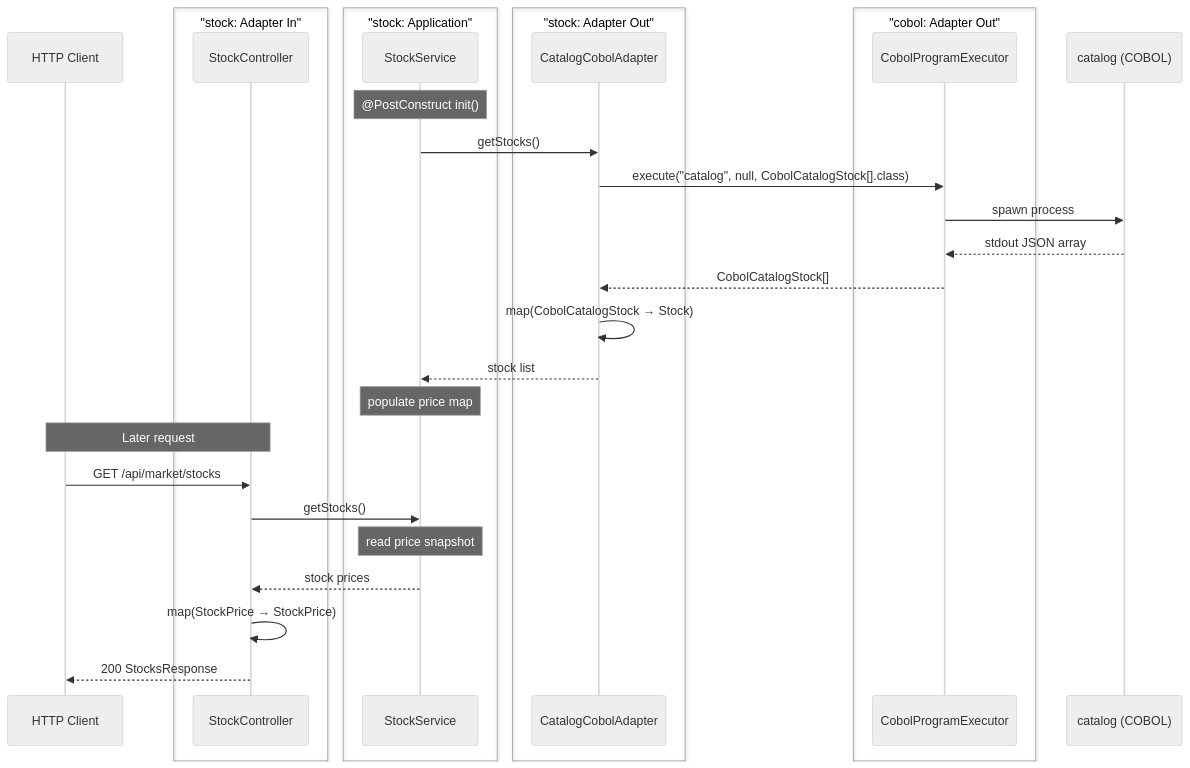
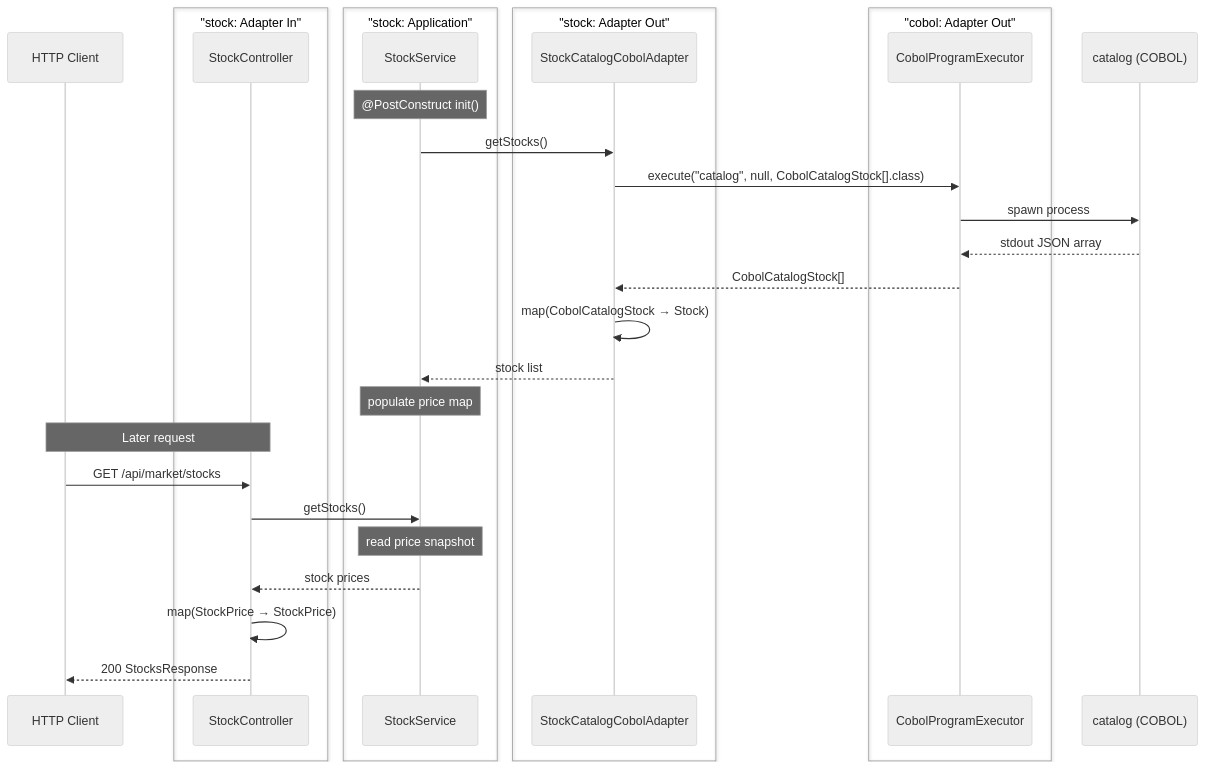
The fourth of 11 diagrams in stonks_java/README.md (franBec/stonks-simulator), drawn with Mermaid (neutral theme) before and after one commit. The commit also changed other lines of this file, not shown here.

First line of the commit message:
Update README module architecture diagram and end-to-end flow documentation

````diff
--- a/stonks_java/README.md
+++ b/stonks_java/README.md
@@ -166,35 +207,35 @@
 ```mermaid
 sequenceDiagram
     participant Client as HTTP Client
     box "stock: Adapter In"
     participant SC as StockController
     end
     box "stock: Application"
     participant SS as StockService
     end
     box "stock: Adapter Out"
-    participant CCA as CatalogCobolAdapter
+    participant CCA as StockCatalogCobolAdapter
     end
     box "cobol: Adapter Out"
     participant CPE as CobolProgramExecutor
     end
     participant COBOL as catalog (COBOL)
 
     Note over SS: @PostConstruct init()
     SS->>CCA: getStocks()
     CCA->>CPE: execute("catalog", null, CobolCatalogStock[].class)
     CPE->>COBOL: spawn process
     COBOL-->>CPE: stdout JSON array
     CPE-->>CCA: CobolCatalogStock[]
     CCA->>CCA: map(CobolCatalogStock → Stock)
     CCA-->>SS: stock list
     Note over SS: populate price map
 
     Note over Client,SC: Later request
     Client->>SC: GET /api/market/stocks
     SC->>SS: getStocks()
     Note over SS: read price snapshot
     SS-->>SC: stock prices
     SC->>SC: map(StockPrice → StockPrice)
     SC-->>Client: 200 StocksResponse
 ```
````
